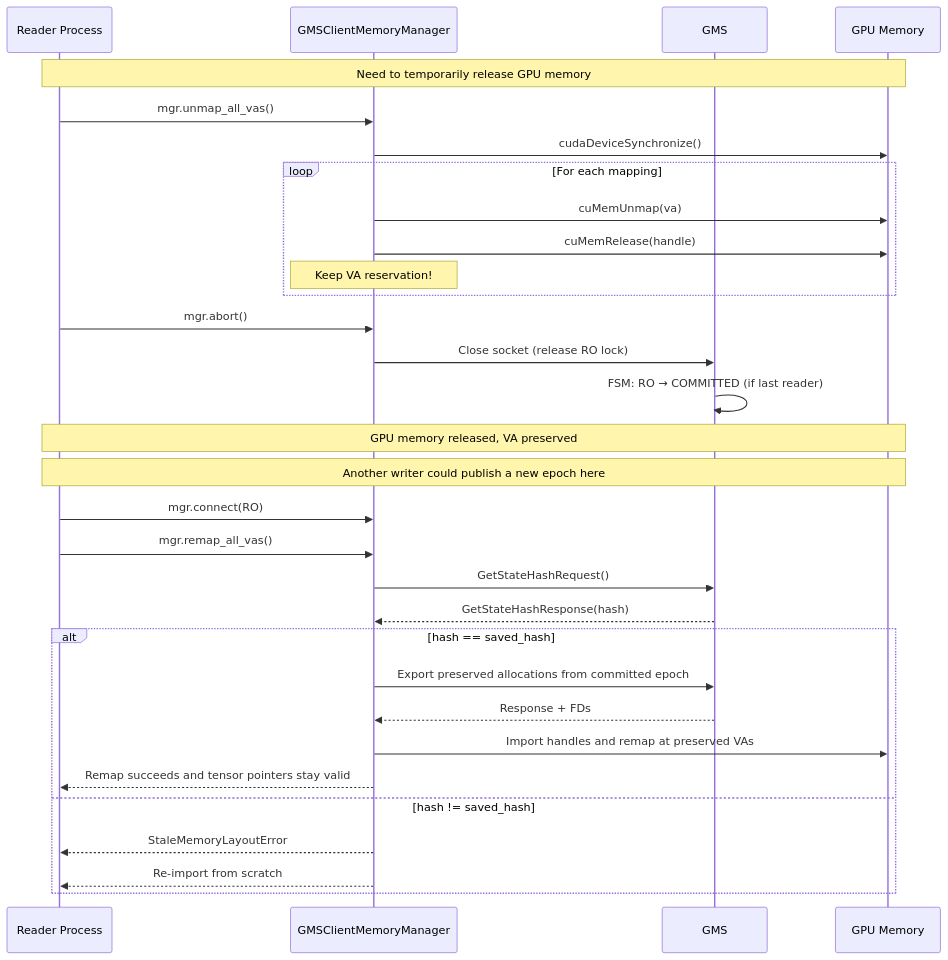
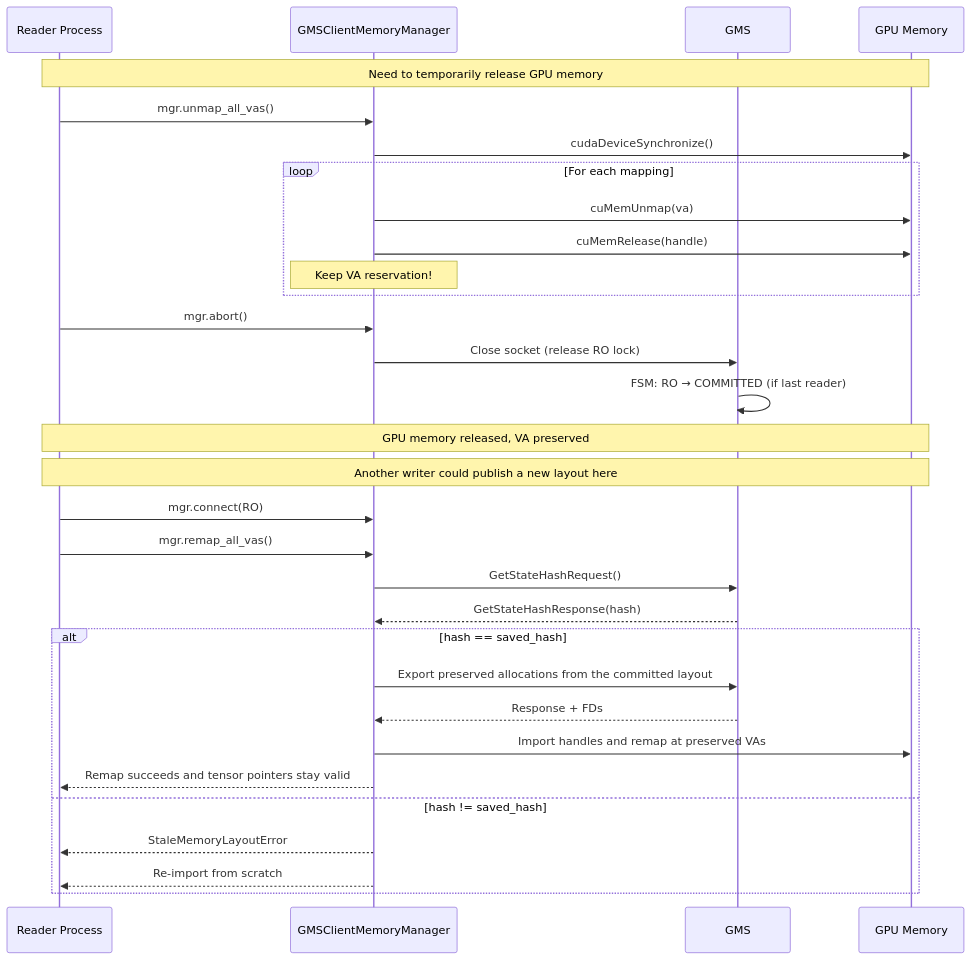
Before and after one commit to ai-dynamo/dynamo: the seventh of 8 diagrams in lib/gpu_memory_service/README.md, drawn with Mermaid. The commit also changed other lines of this file and 13 other files, not shown here.

Commit message:
simplify GMS layout state and fix GPU-backed tests

````diff
--- a/lib/gpu_memory_service/README.md
+++ b/lib/gpu_memory_service/README.md
@@ -322,40 +321,40 @@
 ```mermaid
 sequenceDiagram
     participant R as Reader Process
     participant C as GMSClientMemoryManager
     participant S as GMS
     participant GPU as GPU Memory
 
     Note over R,GPU: Need to temporarily release GPU memory
 
     R->>C: mgr.unmap_all_vas()
     C->>GPU: cudaDeviceSynchronize()
 
     loop For each mapping
         C->>GPU: cuMemUnmap(va)
         C->>GPU: cuMemRelease(handle)
         Note over C: Keep VA reservation!
     end
 
     R->>C: mgr.abort()
     C->>S: Close socket (release RO lock)
     S->>S: FSM: RO → COMMITTED (if last reader)
 
     Note over R,GPU: GPU memory released, VA preserved
-    Note over R,GPU: Another writer could publish a new epoch here
+    Note over R,GPU: Another writer could publish a new layout here
 
     R->>C: mgr.connect(RO)
     R->>C: mgr.remap_all_vas()
     C->>S: GetStateHashRequest()
     S-->>C: GetStateHashResponse(hash)
 
     alt hash == saved_hash
-        C->>S: Export preserved allocations from committed epoch
+        C->>S: Export preserved allocations from the committed layout
         S-->>C: Response + FDs
         C->>GPU: Import handles and remap at preserved VAs
         C-->>R: Remap succeeds and tensor pointers stay valid
     else hash != saved_hash
         C-->>R: StaleMemoryLayoutError
         C-->>R: Re-import from scratch
     end
 ```
````
